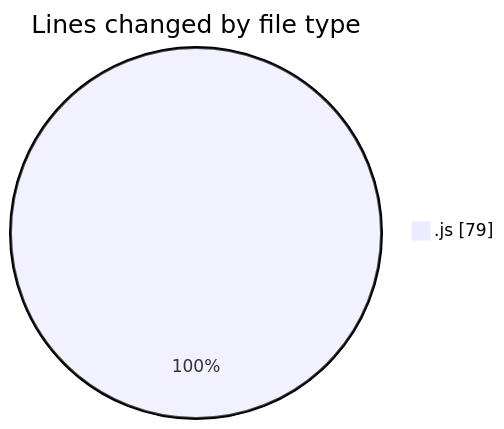
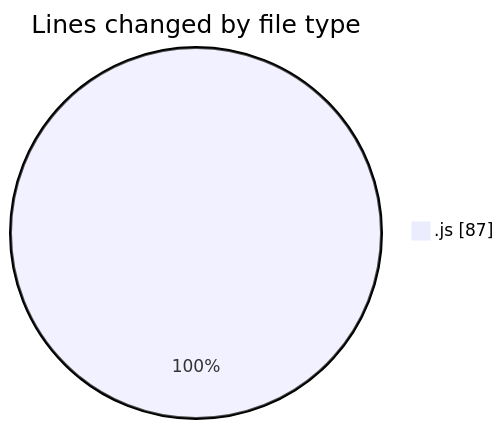
One commit to momahboobian/code-tracking changed the first of 2 diagrams in 2026-08-21/cda/README.md. Above: the diagram before and after it, drawn with Mermaid. The commit also changed other lines of this file and 1 other file, not shown here.

````diff
--- a/2026-08-21/cda/README.md
+++ b/2026-08-21/cda/README.md
@@ -22,5 +22,5 @@
 ```mermaid
 pie showData
 title Lines changed by file type
-".js" : 79
+".js" : 87
 ```
````
